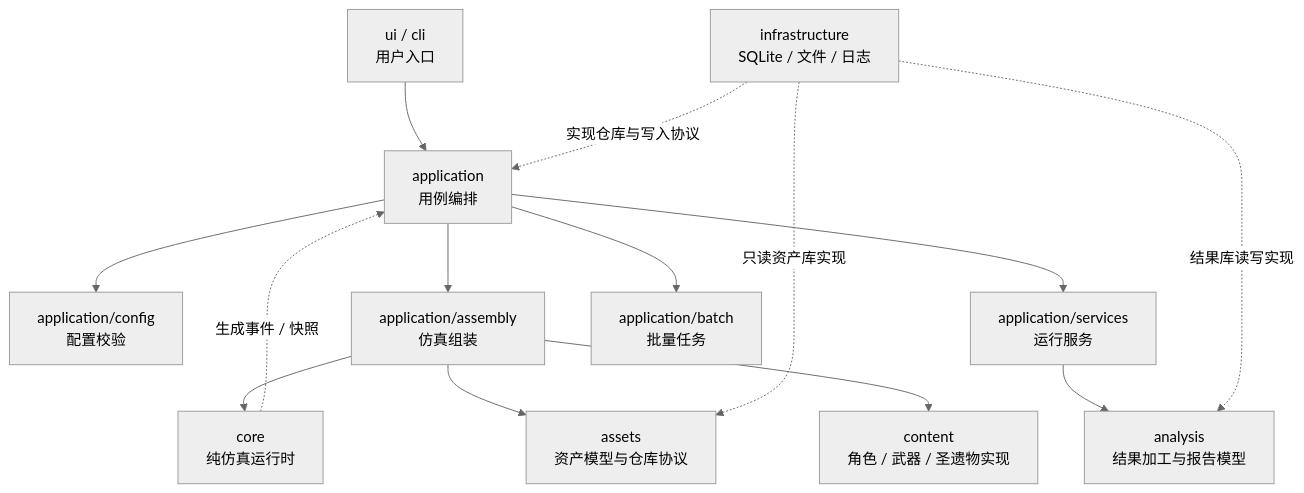
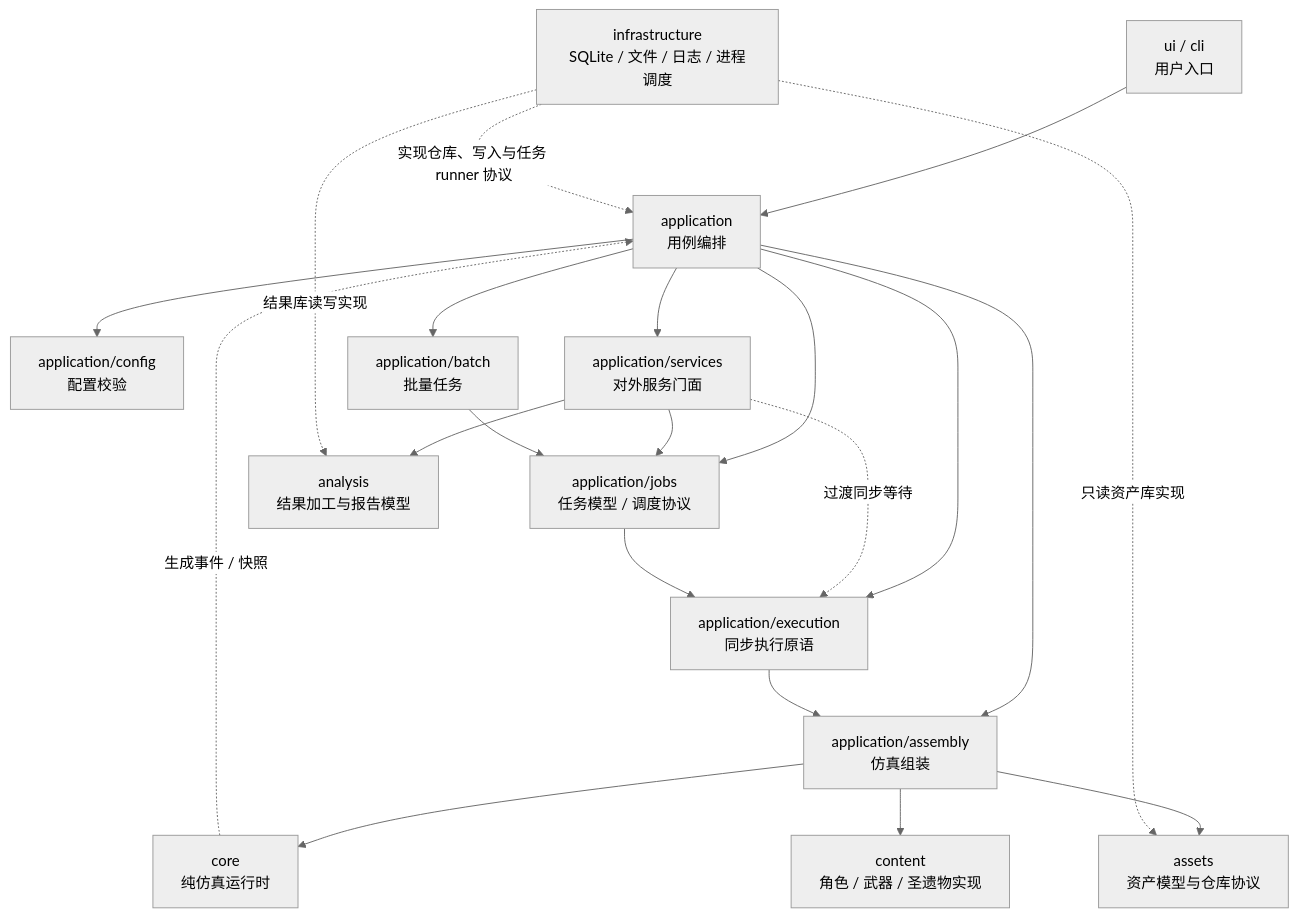
Before and after one commit to MCZME/Genshin-Simulation-Lab: the first of 4 diagrams in docs/架构/当前项目架构流程图.md, drawn with Mermaid (neutral theme). The commit also changed other lines of this file and 59 other files, not shown here.

````diff
--- a/docs/架构/当前项目架构流程图.md
+++ b/docs/架构/当前项目架构流程图.md
@@ -25,20 +25,27 @@
 ```mermaid
 flowchart TD
     UI["ui / cli<br/>用户入口"] --> APP["application<br/>用例编排"]
 
     APP --> CFG["application/config<br/>配置校验"]
     APP --> ASM["application/assembly<br/>仿真组装"]
-    APP --> SVC["application/services<br/>运行服务"]
+    APP --> EXEC["application/execution<br/>同步执行原语"]
+    APP --> JOBS["application/jobs<br/>任务模型 / 调度协议"]
+    APP --> SVC["application/services<br/>对外服务门面"]
     APP --> BATCH["application/batch<br/>批量任务"]
 
+    SVC --> JOBS
+    SVC -. "过渡同步等待" .-> EXEC
+    JOBS --> EXEC
+    BATCH --> JOBS
+    EXEC --> ASM
     ASM --> CORE["core<br/>纯仿真运行时"]
     ASM --> ASSETS["assets<br/>资产模型与仓库协议"]
     ASM --> CONTENT["content<br/>角色 / 武器 / 圣遗物实现"]
     SVC --> ANALYSIS["analysis<br/>结果加工与报告模型"]
 
-    INFRA["infrastructure<br/>SQLite / 文件 / 日志"] -. "实现仓库与写入协议" .-> APP
+    INFRA["infrastructure<br/>SQLite / 文件 / 日志 / 进程调度"] -. "实现仓库、写入与任务 runner 协议" .-> APP
     INFRA -. "只读资产库实现" .-> ASSETS
     INFRA -. "结果库读写实现" .-> ANALYSIS
 
     CORE -. "生成事件 / 快照" .-> APP
 ```
````
